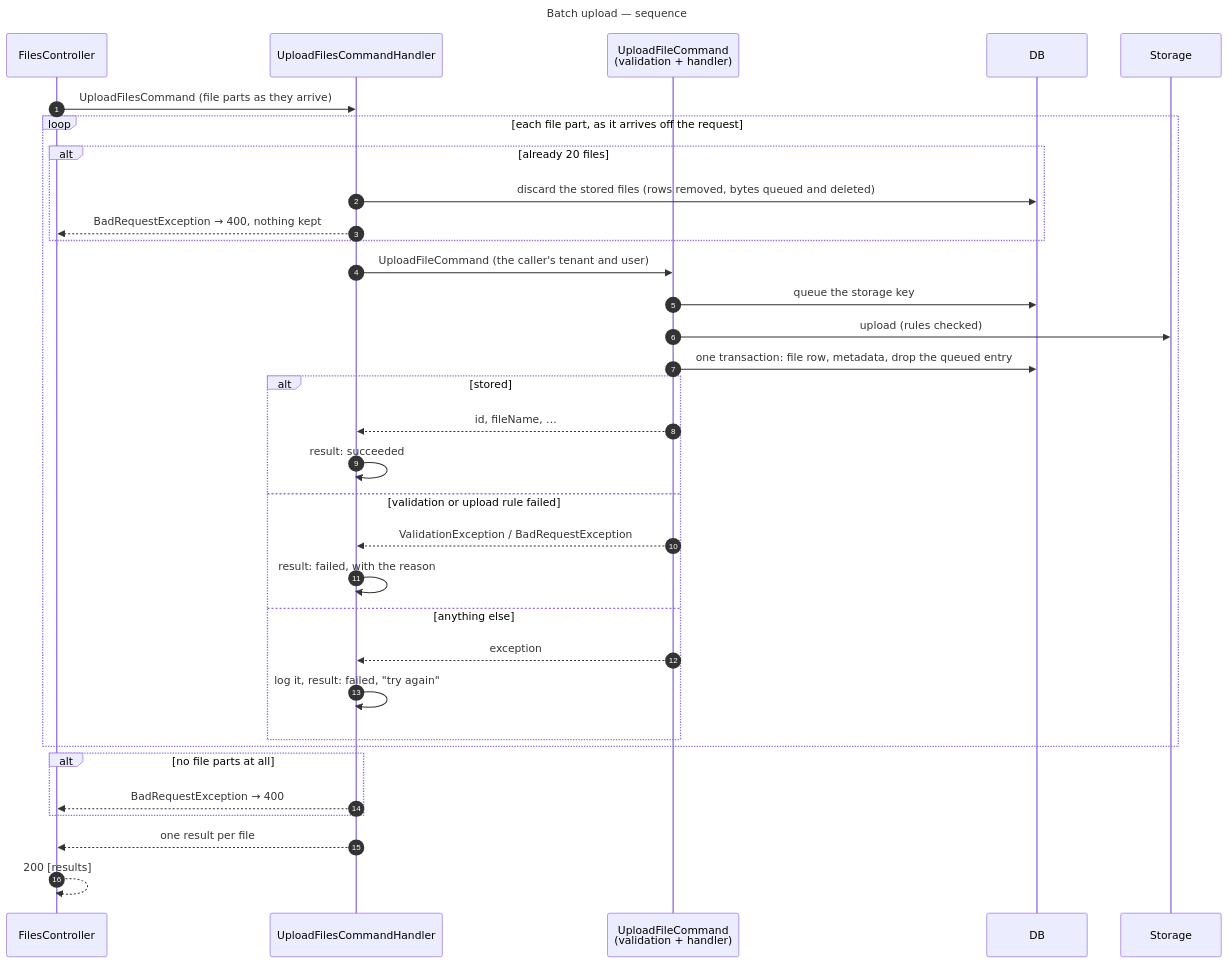
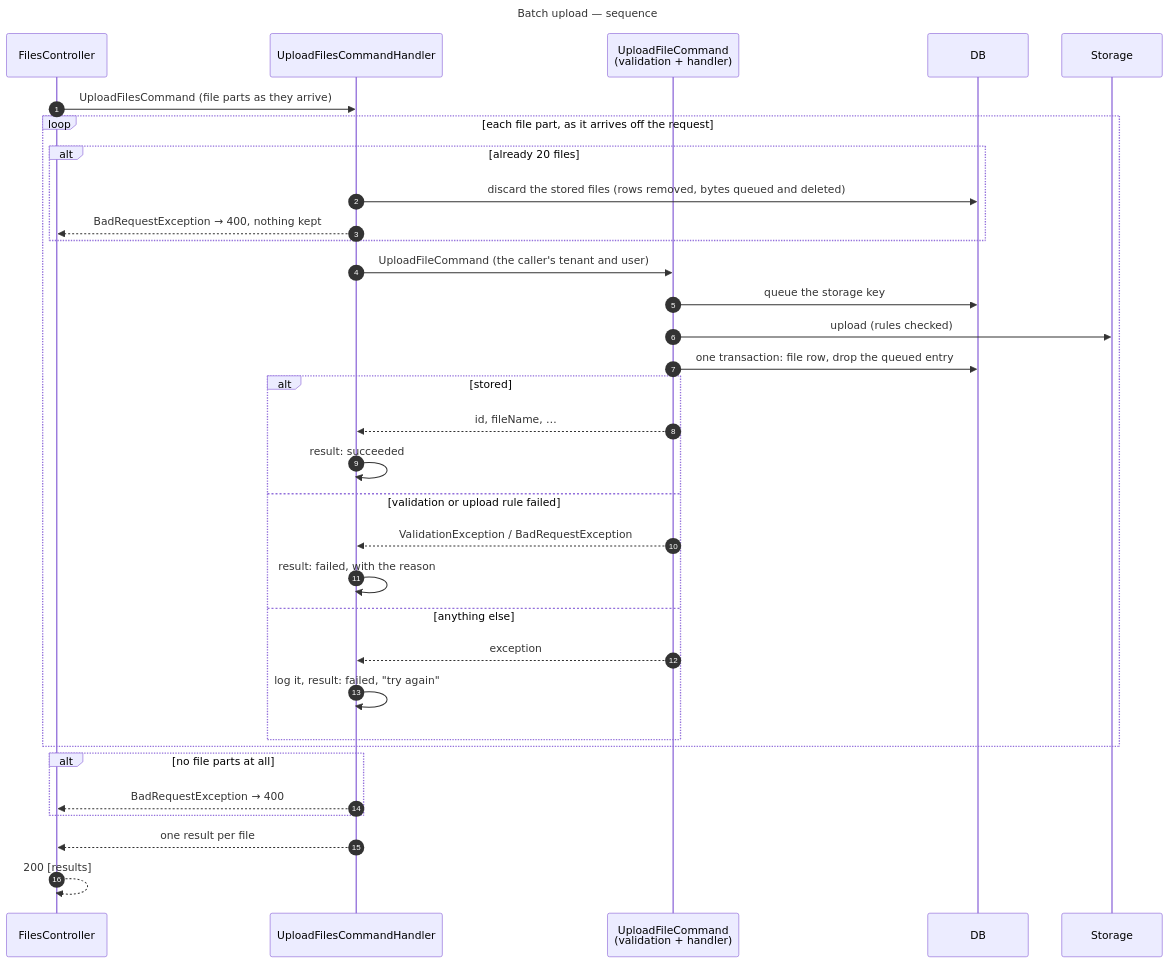
The fourth of 16 diagrams in docs/sequence-diagrams.md (gmetskhvarishvili/GM.FileStorage.Samples), drawn with Mermaid before and after one commit. The commit also changed other lines of this file and 26 other files, not shown here.

````diff
--- a/docs/sequence-diagrams.md
+++ b/docs/sequence-diagrams.md
@@ -150,39 +149,39 @@
 ```mermaid
 ---
 title: Batch upload — sequence
 ---
 sequenceDiagram
     autonumber
     participant C as FilesController
     participant B as UploadFilesCommandHandler
     participant U as UploadFileCommand<br/>(validation + handler)
     participant DB
     participant S as Storage
 
     C->>B: UploadFilesCommand (file parts as they arrive)
     loop each file part, as it arrives off the request
         alt already 20 files
             B->>DB: discard the stored files (rows removed, bytes queued and deleted)
             B-->>C: BadRequestException → 400, nothing kept
         end
         B->>U: UploadFileCommand (the caller's tenant and user)
         U->>DB: queue the storage key
         U->>S: upload (rules checked)
-        U->>DB: one transaction: file row, metadata, drop the queued entry
+        U->>DB: one transaction: file row, drop the queued entry
         alt stored
             U-->>B: id, fileName, …
             B->>B: result: succeeded
         else validation or upload rule failed
             U-->>B: ValidationException / BadRequestException
             B->>B: result: failed, with the reason
         else anything else
             U-->>B: exception
             B->>B: log it, result: failed, "try again"
         end
     end
     alt no file parts at all
         B-->>C: BadRequestException → 400
     end
     B-->>C: one result per file
     C-->>C: 200 [results]
 ```
````
